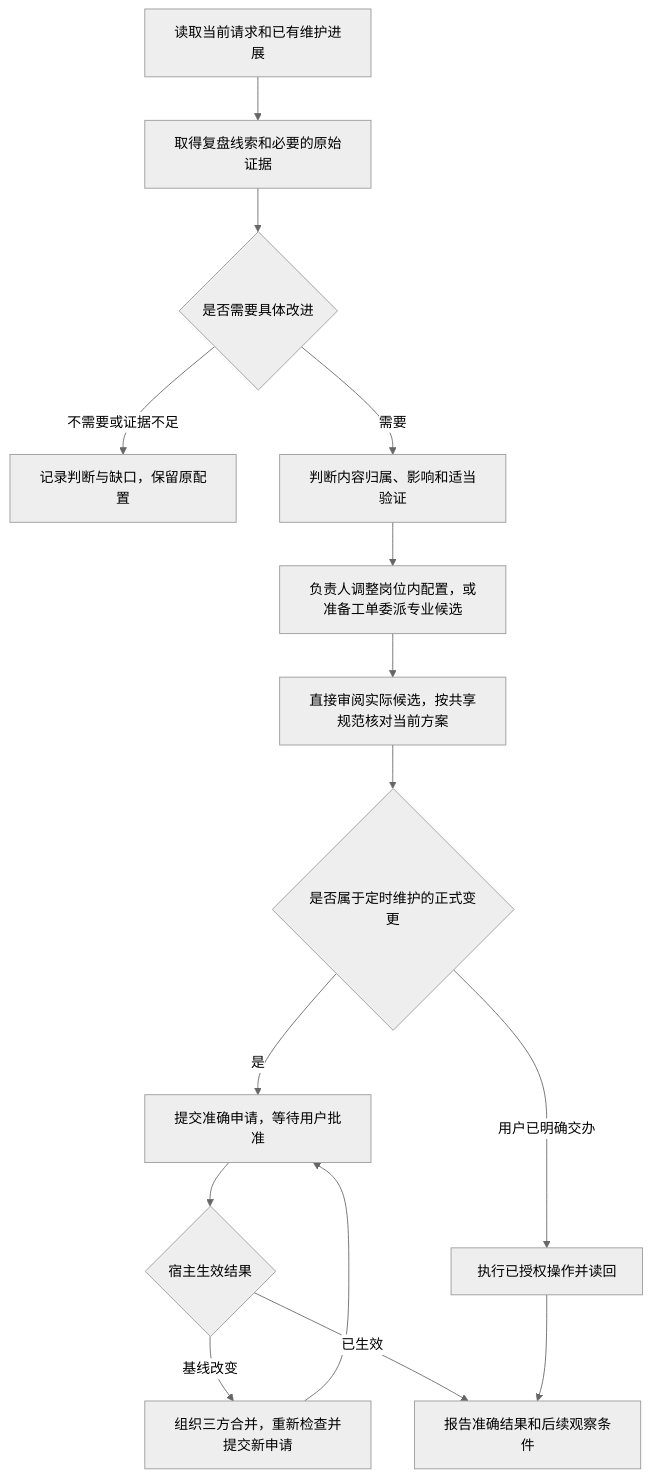
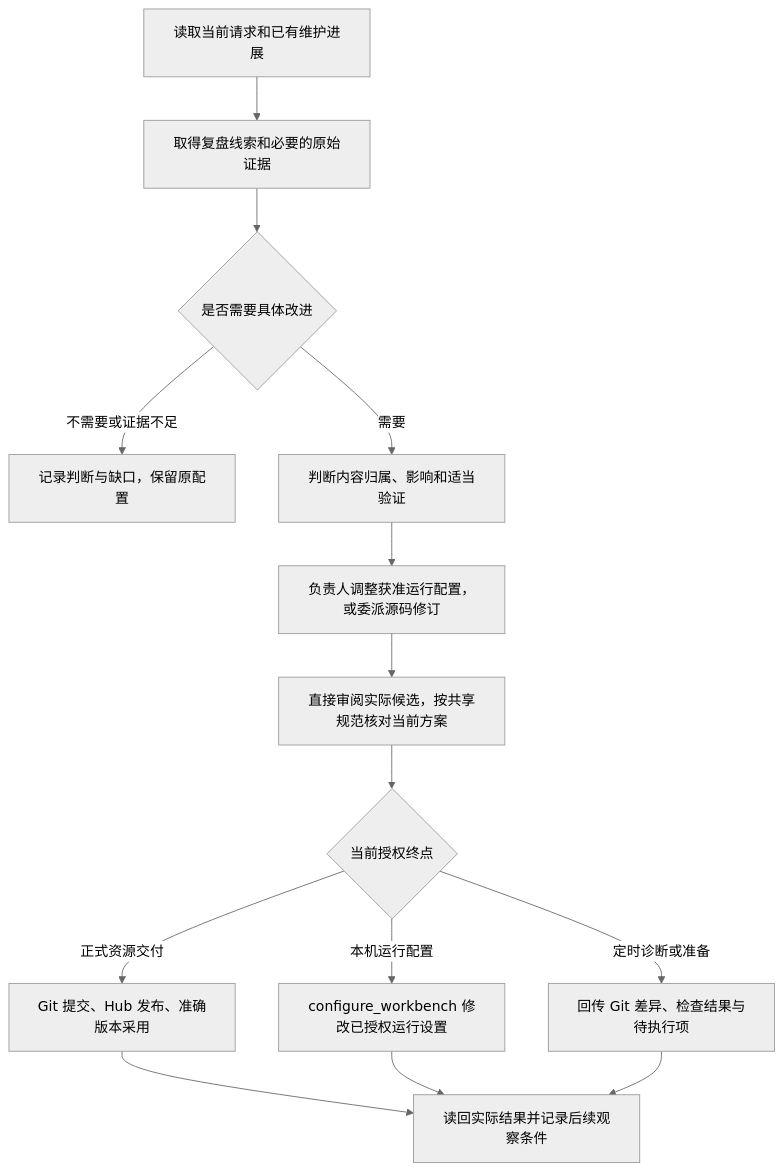
Before and after one commit to huangjiaroro/workbench-resources: the diagram in resources/employees/organization-maintainer-playbook.md, drawn with Mermaid (neutral theme). The commit also changed other lines of this file and 20 other files, not shown here.

Commit message:
Complete external organization publication and verify signed dependency graphs

````diff
--- a/resources/employees/organization-maintainer-playbook.md
+++ b/resources/employees/organization-maintainer-playbook.md
@@ -7,17 +7,16 @@
 ```mermaid
 flowchart TD
     A[读取当前请求和已有维护进展] --> B[取得复盘线索和必要的原始证据]
     B --> C{是否需要具体改进}
     C -->|不需要或证据不足| D[记录判断与缺口，保留原配置]
     C -->|需要| E[判断内容归属、影响和适当验证]
-    E --> F[负责人调整岗位内配置，或准备工单委派专业候选]
+    E --> F[负责人调整获准运行配置，或委派源码修订]
     F --> G[直接审阅实际候选，按共享规范核对当前方案]
-    G --> H{是否属于定时维护的正式变更}
-    H -->|是| I[提交准确申请，等待用户批准]
-    H -->|用户已明确交办| J[执行已授权操作并读回]
-    I --> K{宿主生效结果}
-    K -->|基线改变| L[组织三方合并，重新检查并提交新申请]
-    L --> I
-    K -->|已生效| M[报告准确结果和后续观察条件]
-    J --> M
+    G --> H{"当前授权终点"}
+    H -->|定时诊断或准备| I["回传 Git 差异、检查结果与待执行项"]
+    H -->|正式资源交付| J["Git 提交、Hub 发布、准确版本采用"]
+    H -->|本机运行配置| K["configure_workbench 修改已授权运行设置"]
+    J --> M["读回实际结果并记录后续观察条件"]
+    K --> M
+    I --> M
 ```
````
